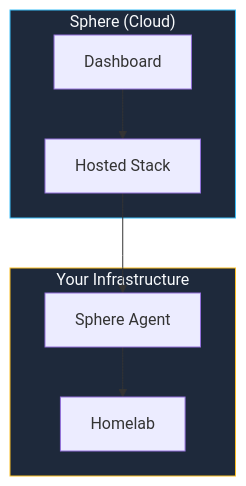
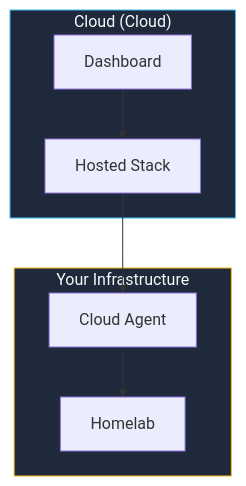
One commit to KombiverseLabs/docs changed the eighth of 8 diagrams in ecosystem.mdx. Above: the diagram before and after it, drawn with Mermaid. The commit also changed other lines of this file and 114 other files, not shown here.

Commit message:
refactor: rename Sphere to Cloud, update base-homelab scope, remove dup headers

````diff
--- a/ecosystem.mdx
+++ b/ecosystem.mdx
@@ -283,19 +282,19 @@
     ```mermaid
     graph TB
-        subgraph Sphere["Sphere (Cloud)"]
+        subgraph Cloud["Cloud (Cloud)"]
             Dashboard["Dashboard"]
             Stack["Hosted Stack"]
         end
         
         subgraph Your["Your Infrastructure"]
-            Agent["Sphere Agent"]
+            Agent["Cloud Agent"]
             HL["Homelab"]
         end
         
         Dashboard --> Stack
         Stack --> Agent
         Agent --> HL
         
-        style Sphere fill:#1e293b,stroke:#38bdf8,color:#f8fafc
+        style Cloud fill:#1e293b,stroke:#38bdf8,color:#f8fafc
         style Your fill:#1e293b,stroke:#fbbf24,color:#f8fafc
     ```
````
